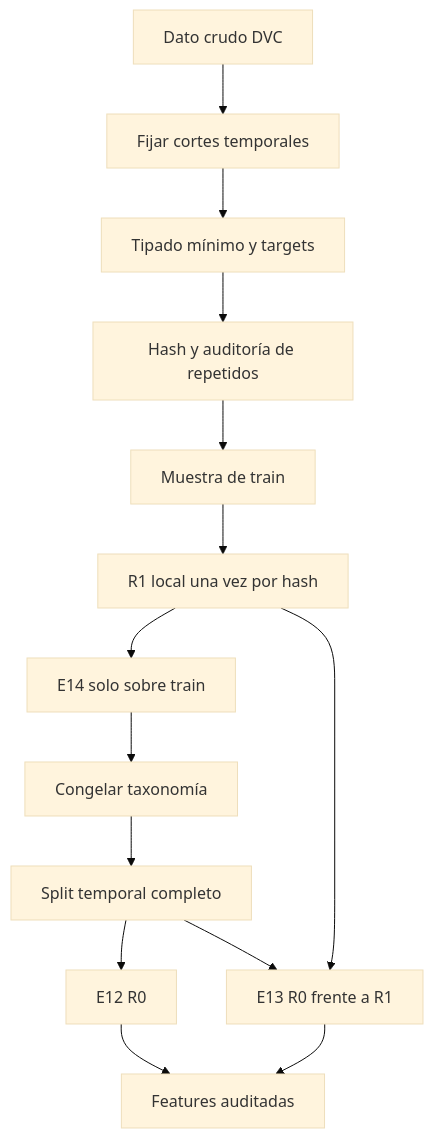
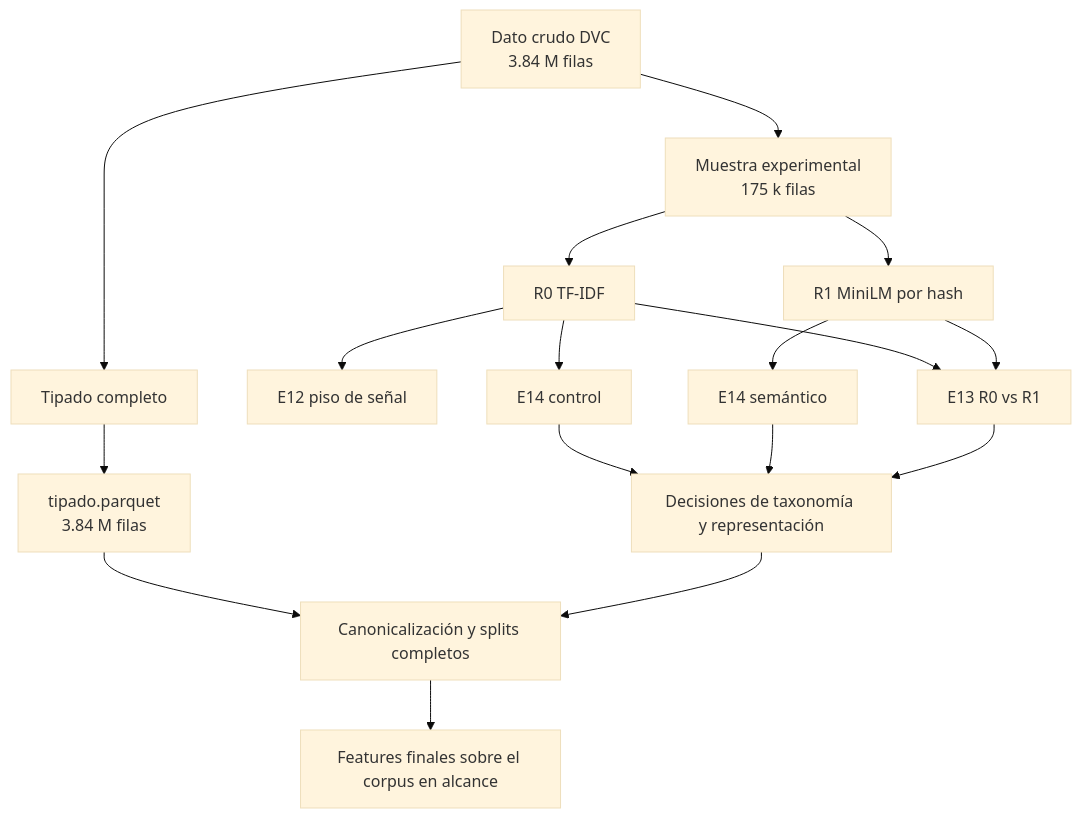
The second of 3 diagrams in reports/informe/informe.qmd (Codenid/capstone-claims-triage), drawn with Mermaid (base theme) before and after one commit. The commit also changed other lines of this file and 31 other files, not shown here.

````diff
--- a/reports/informe/informe.qmd
+++ b/reports/informe/informe.qmd
@@ -1157,16 +1161,19 @@
 ```{mermaid}
 flowchart TD
-    A[Dato crudo DVC] --> B[Fijar cortes temporales]
-    B --> C[Tipado mínimo y targets]
-    C --> D[Hash y auditoría de repetidos]
-    D --> E[Muestra de train]
-    E --> F[R1 local una vez por hash]
-    F --> G[E14 solo sobre train]
-    G --> H[Congelar taxonomía]
-    H --> I[Split temporal completo]
-    I --> J[E12 R0]
-    F --> K[E13 R0 frente a R1]
+    A[Dato crudo DVC<br/>3.84 M filas] --> B[Tipado completo]
+    B --> C[tipado.parquet<br/>3.84 M filas]
+    A --> D[Muestra experimental<br/>175 k filas]
+    D --> E[R0 TF-IDF]
+    D --> F[R1 MiniLM por hash]
+    E --> G[E12 piso de señal]
+    E --> H[E14 control]
+    F --> I[E14 semántico]
+    E --> J[E13 R0 vs R1]
+    F --> J
+    H --> K[Decisiones de taxonomía y representación]
     I --> K
-    J --> L[Features auditadas]
+    J --> K
+    C --> L[Canonicalización y splits completos]
     K --> L
+    L --> M[Features finales sobre el corpus en alcance]
 ```
````
